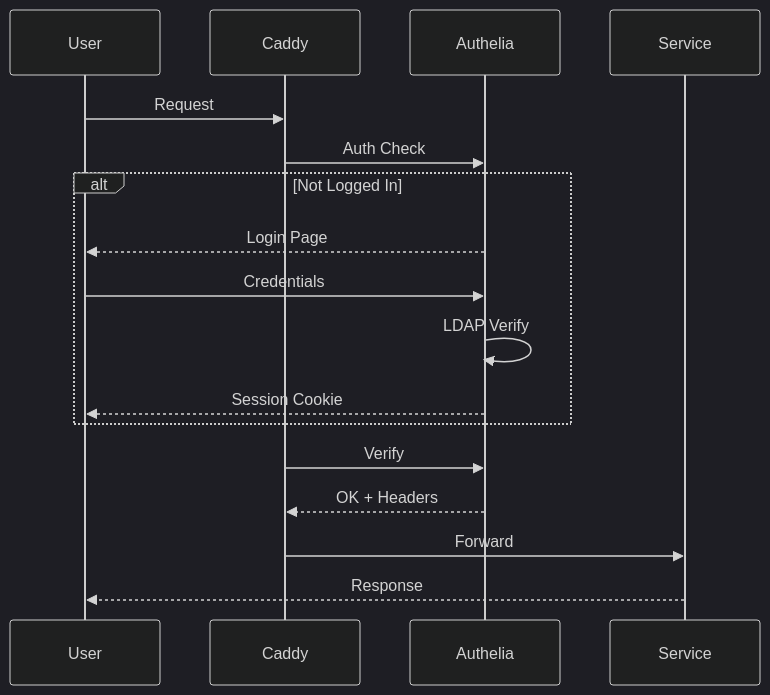
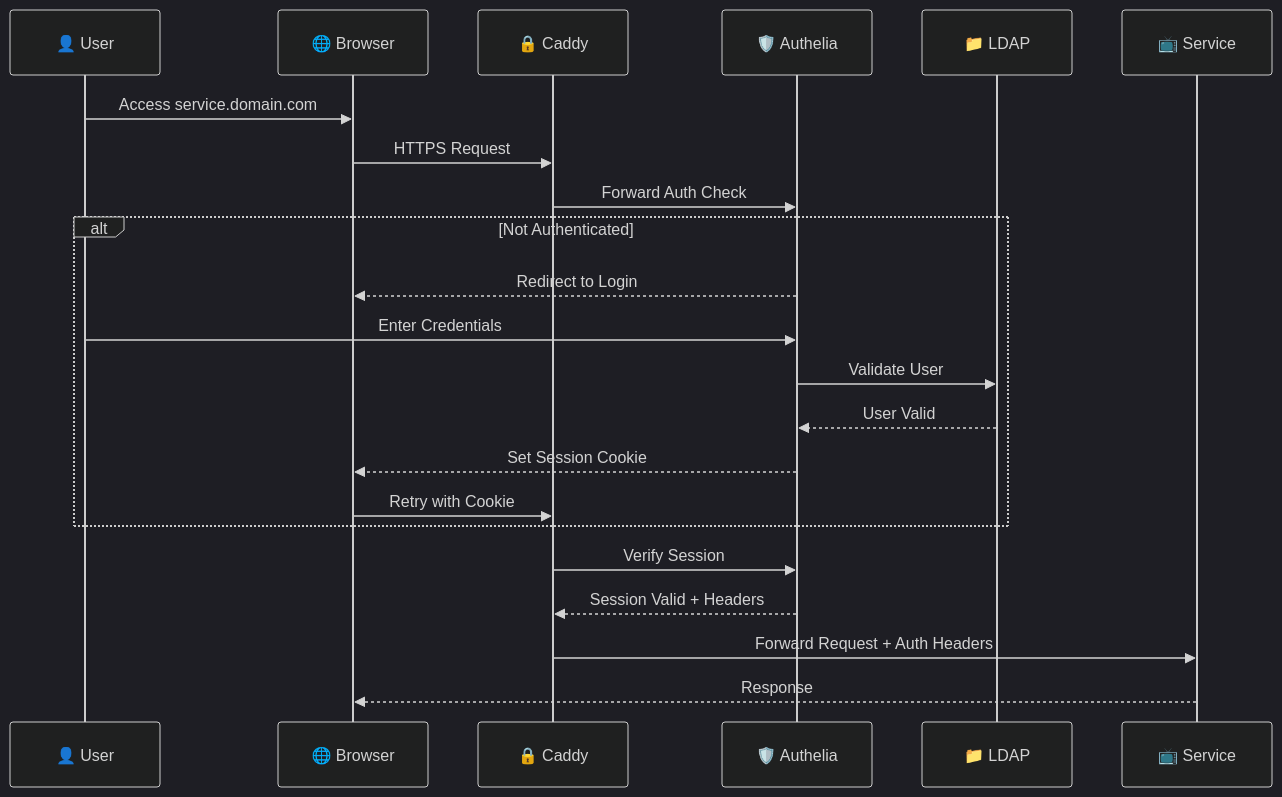
One commit to Mykyta-Home-Server/homeserver changed the third of 4 diagrams in docs-site/src/content/docs/guides/introduction.mdx. Above: the diagram before and after it, drawn with Mermaid (dark theme). The commit also changed other lines of this file and 1 other file, not shown here.

First line of the commit message:
Fix modal styling, restore detailed diagrams, shrink sidebar

````diff
--- a/docs-site/src/content/docs/guides/introduction.mdx
+++ b/docs-site/src/content/docs/guides/introduction.mdx
@@ -106,20 +133,27 @@
 ```mermaid
 sequenceDiagram
-    participant U as User
-    participant C as Caddy
-    participant A as Authelia
-    participant S as Service
+    participant User as 👤 User
+    participant Browser as 🌐 Browser
+    participant Caddy as 🔒 Caddy
+    participant Authelia as 🛡️ Authelia
+    participant LDAP as 📁 LDAP
+    participant Service as 📺 Service
 
-    U->>C: Request
-    C->>A: Auth Check
-    alt Not Logged In
-        A-->>U: Login Page
-        U->>A: Credentials
-        A->>A: LDAP Verify
-        A-->>U: Session Cookie
+    User->>Browser: Access service.domain.com
+    Browser->>Caddy: HTTPS Request
+    Caddy->>Authelia: Forward Auth Check
+
+    alt Not Authenticated
+        Authelia-->>Browser: Redirect to Login
+        User->>Authelia: Enter Credentials
+        Authelia->>LDAP: Validate User
+        LDAP-->>Authelia: User Valid
+        Authelia-->>Browser: Set Session Cookie
+        Browser->>Caddy: Retry with Cookie
     end
-    C->>A: Verify
-    A-->>C: OK + Headers
-    C->>S: Forward
-    S-->>U: Response
+
+    Caddy->>Authelia: Verify Session
+    Authelia-->>Caddy: Session Valid + Headers
+    Caddy->>Service: Forward Request + Auth Headers
+    Service-->>Browser: Response
 ```
````
